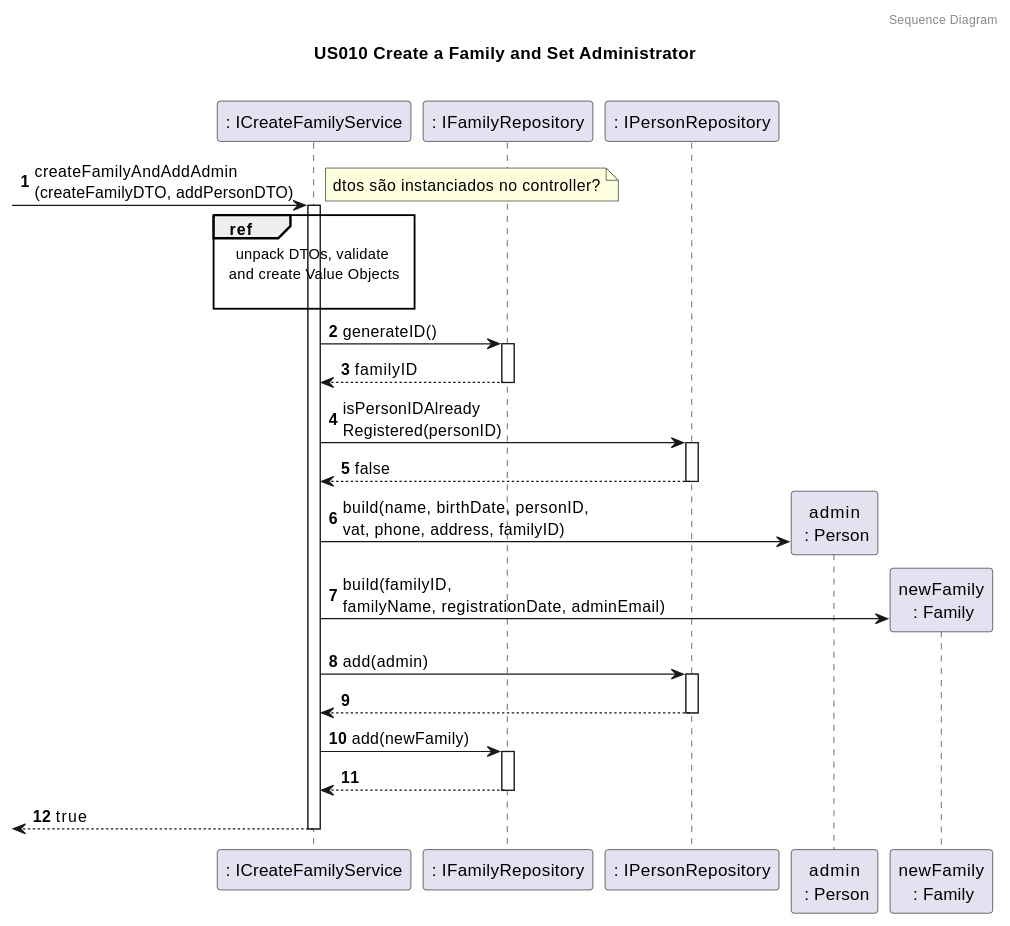
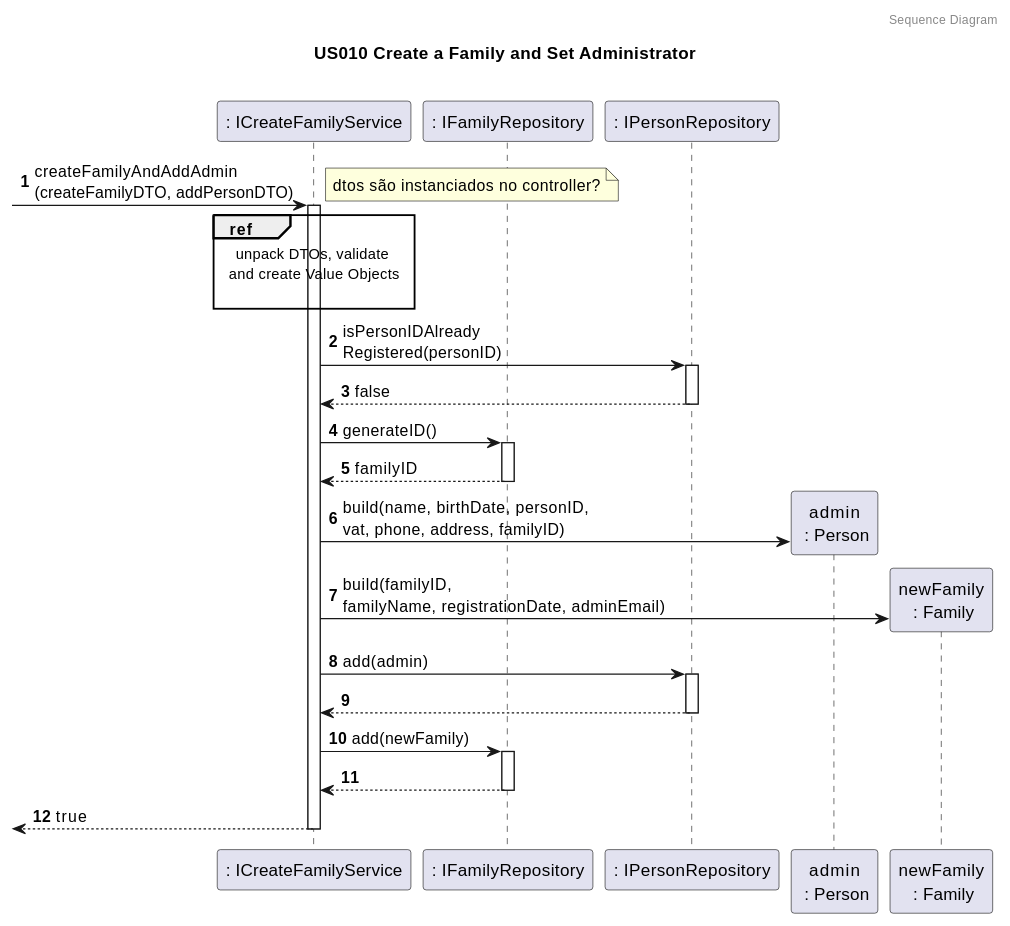
One commit to tomas-osswald/switch_2020_g3 changed the third of 5 diagrams in docs/sprint4/user_stories/US010_CreateAFamilyAndSetAdministrator.md. Above: the diagram before and after it, drawn with PlantUML. The commit also changed other lines of this file and 12 other files, not shown here.

`````diff
--- a/docs/sprint4/user_stories/US010_CreateAFamilyAndSetAdministrator.md
+++ b/docs/sprint4/user_stories/US010_CreateAFamilyAndSetAdministrator.md
@@ -120,51 +120,51 @@
 ````puml
 @startuml
 
 autonumber
 header Sequence Diagram
 title US010 Create a Family and Set Administrator
 
 
 participant ": ICreateFamilyService" as FamAdminService
 participant ": IFamilyRepository" as familyRepository
 participant ": IPersonRepository" as personRepository
 participant "admin\n : Person" as admin
 participant "newFamily\n : Family" as newFamily
 
 
 
 
 note left: especificar nome da instância no participant?
 
  -> FamAdminService : createFamilyAndAddAdmin\n(createFamilyDTO, addPersonDTO)
 activate FamAdminService
 
 note right: dtos são instanciados no controller?
 
 ref over FamAdminService
 unpack DTOs, validate 
 and create Value Objects
 
 end ref
 
+FamAdminService -> personRepository: isPersonIDAlready\nRegistered(personID)
+activate personRepository
+return false
 FamAdminService -> familyRepository : generateID()
 activate familyRepository
 return familyID
-FamAdminService -> personRepository: isPersonIDAlready\nRegistered(personID)
-activate personRepository
-return false
 FamAdminService -> admin** : build(name, birthDate, personID, \nvat, phone, address, familyID)
 
 FamAdminService -> newFamily**: build(familyID, \nfamilyName, registrationDate, adminEmail)
 
 FamAdminService -> personRepository: add(admin)
 activate personRepository
 return 
 FamAdminService -> familyRepository: add(newFamily)
 activate familyRepository
 return 
 return true
  
 
 @enduml
 ````
`````
